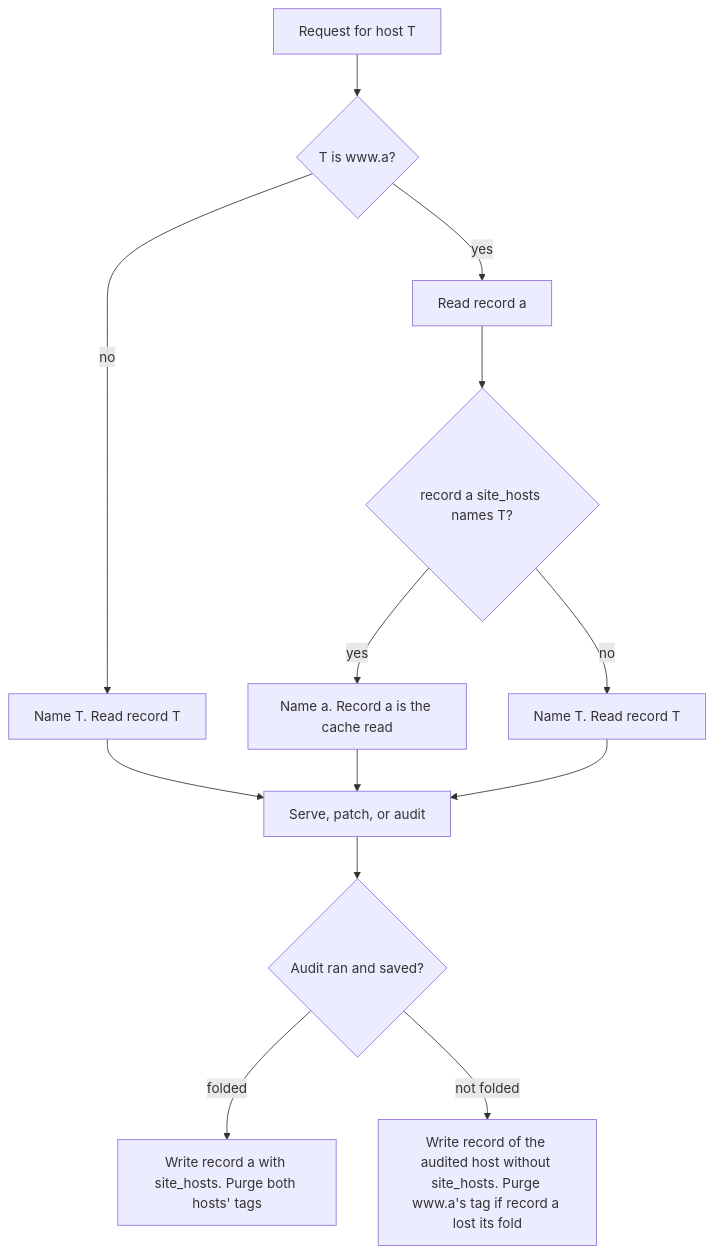
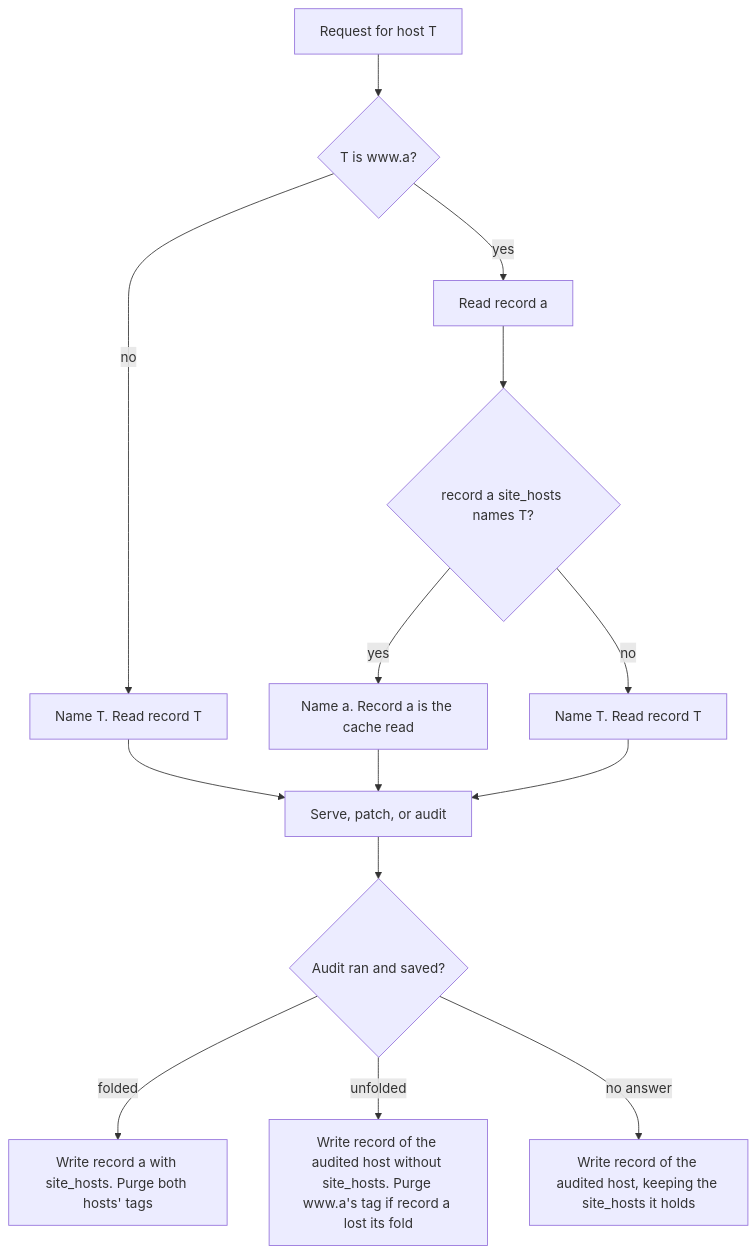
Before and after one commit to brettdavies/agentnative-site: the second of 2 diagrams in docs/plans/2026-11-10-1608-feat-www-apex-site-fold-plan.md, drawn with Mermaid. The commit also changed other lines of this file, not shown here.

First line of the commit message:
docs(plans): keep a recorded fold when the www sibling gives no answer

````diff
--- a/docs/plans/2026-11-10-1608-feat-www-apex-site-fold-plan.md
+++ b/docs/plans/2026-11-10-1608-feat-www-apex-site-fold-plan.md
@@ -158,15 +164,16 @@
 ```mermaid
 flowchart TB
   Q[Request for host T] --> W{T is www.a?}
   W -->|no| K[Name T. Read record T]
   W -->|yes| RA[Read record a]
   RA --> FA{record a site_hosts names T?}
   FA -->|yes| KA[Name a. Record a is the cache read]
   FA -->|no| KT[Name T. Read record T]
   K --> T1[Serve, patch, or audit]
   KA --> T1
   KT --> T1
   T1 --> C{Audit ran and saved?}
   C -->|folded| WA[Write record a with site_hosts. Purge both hosts' tags]
-  C -->|not folded| WT[Write record of the audited host without site_hosts. Purge www.a's tag if record a lost its fold]
+  C -->|unfolded| WT[Write record of the audited host without site_hosts. Purge www.a's tag if record a lost its fold]
+  C -->|no answer| WN[Write record of the audited host, keeping the site_hosts it holds]
 ```
````
